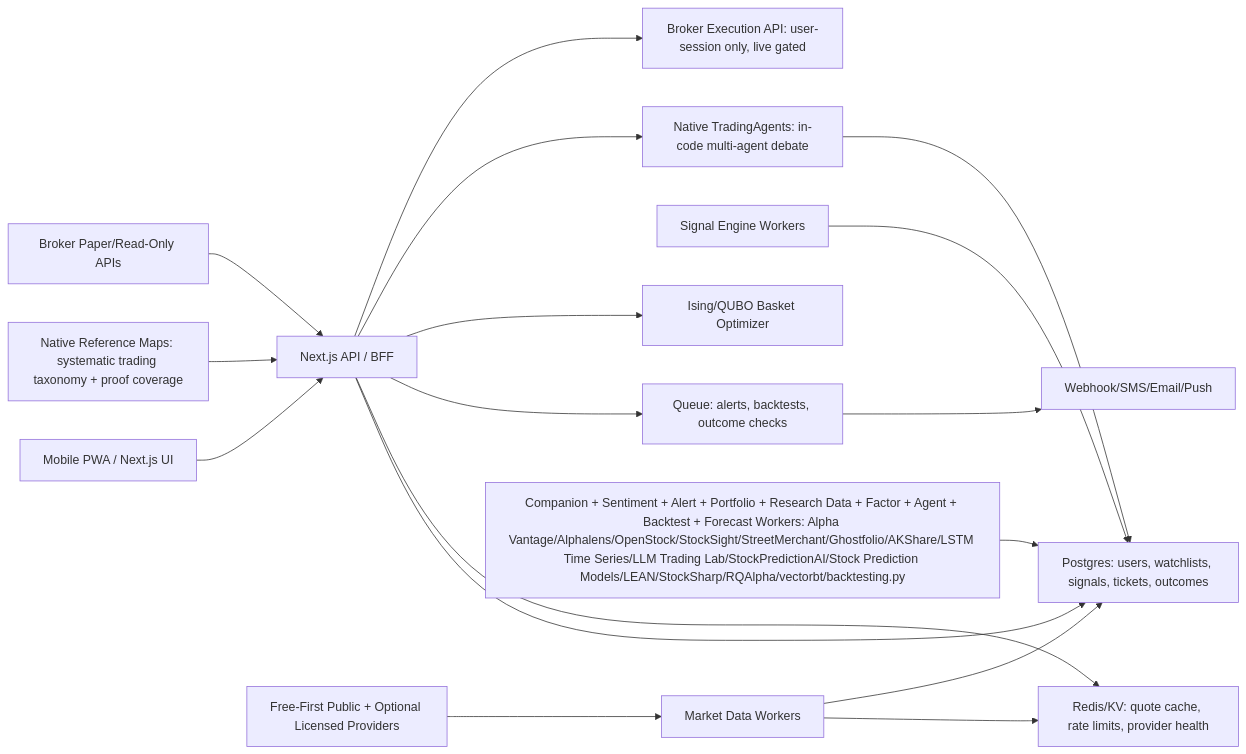
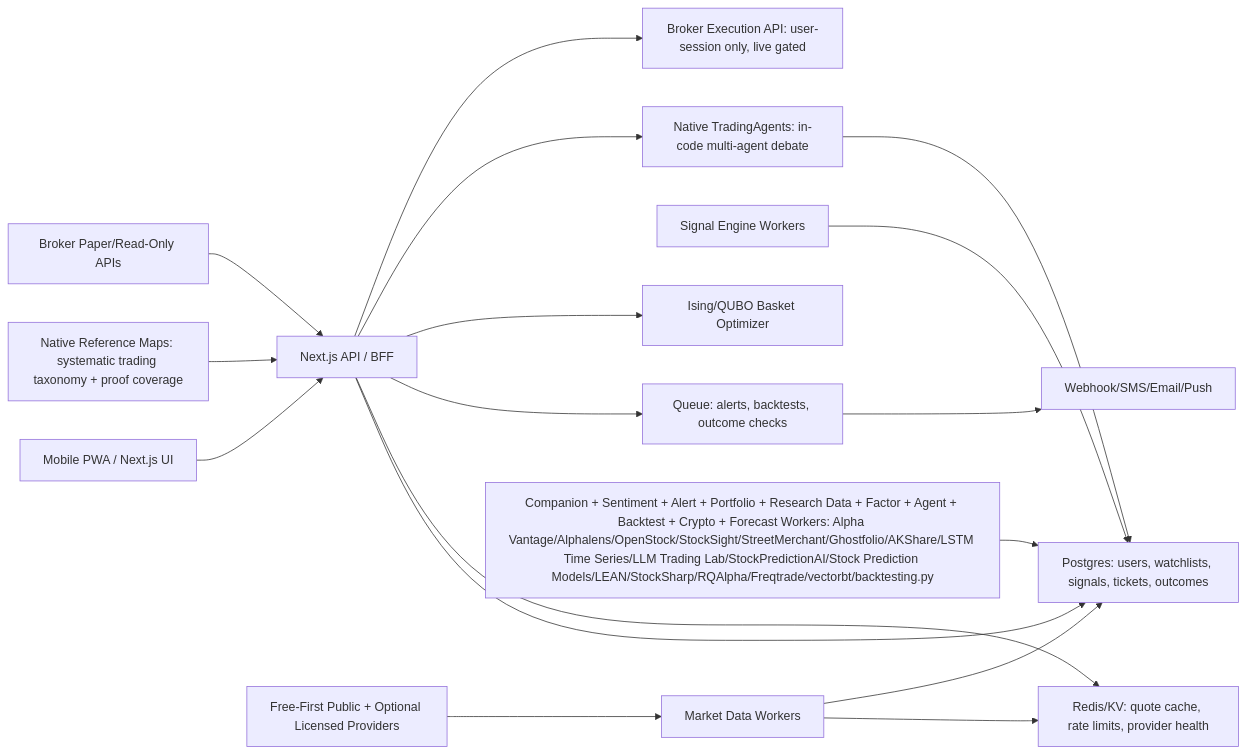
One commit to pinohu/trading-intel changed the diagram in docs/ARCHITECTURE.md. Above: the diagram before and after it, drawn with Mermaid. The commit also changed other lines of this file and 14 other files, not shown here.

Commit message:
Add Freqtrade crypto worker lane

````diff
--- a/docs/ARCHITECTURE.md
+++ b/docs/ARCHITECTURE.md
@@ -36,19 +36,19 @@
 ```mermaid
 flowchart LR
   UI["Mobile PWA / Next.js UI"] --> BFF["Next.js API / BFF"]
   BFF --> DB["Postgres: users, watchlists, signals, tickets, outcomes"]
   BFF --> Cache["Redis/KV: quote cache, rate limits, provider health"]
   BFF --> Queue["Queue: alerts, backtests, outcome checks"]
   DataWorker["Market Data Workers"] --> Cache
   DataWorker --> DB
   Providers["Free-First Public + Optional Licensed Providers"] --> DataWorker
   SignalWorker["Signal Engine Workers"] --> DB
   BFF --> Ising["Ising/QUBO Basket Optimizer"]
   BFF --> TradingAgents["Native TradingAgents: in-code multi-agent debate"]
   TradingAgents --> DB
   ReferenceMaps["Native Reference Maps: systematic trading taxonomy + proof coverage"] --> BFF
-  BacktestWorker["Companion + Sentiment + Alert + Portfolio + Research Data + Factor + Agent + Backtest + Forecast Workers: Alpha Vantage/Alphalens/OpenStock/StockSight/StreetMerchant/Ghostfolio/AKShare/LSTM Time Series/LLM Trading Lab/StockPredictionAI/Stock Prediction Models/LEAN/StockSharp/RQAlpha/vectorbt/backtesting.py"] --> DB
+  BacktestWorker["Companion + Sentiment + Alert + Portfolio + Research Data + Factor + Agent + Backtest + Crypto + Forecast Workers: Alpha Vantage/Alphalens/OpenStock/StockSight/StreetMerchant/Ghostfolio/AKShare/LSTM Time Series/LLM Trading Lab/StockPredictionAI/Stock Prediction Models/LEAN/StockSharp/RQAlpha/Freqtrade/vectorbt/backtesting.py"] --> DB
   Broker["Broker Paper/Read-Only APIs"] --> BFF
   BFF --> BrokerExec["Broker Execution API: user-session only, live gated"]
   Queue --> Alerts["Webhook/SMS/Email/Push"]
 ```
````
